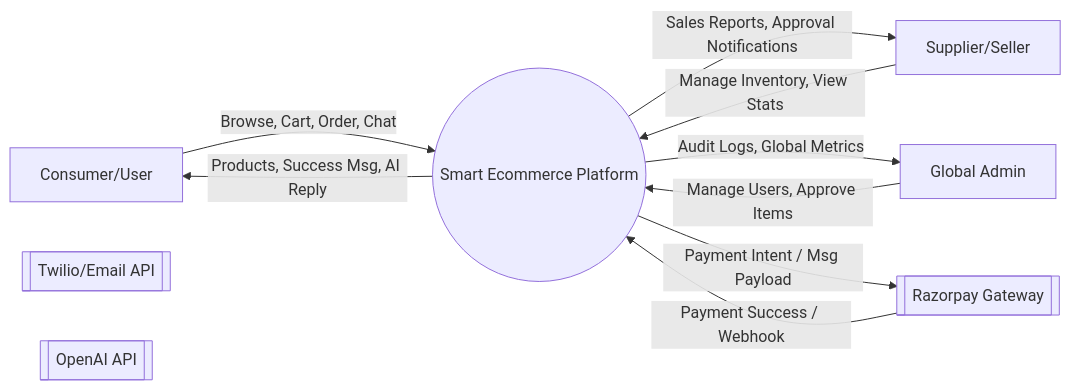
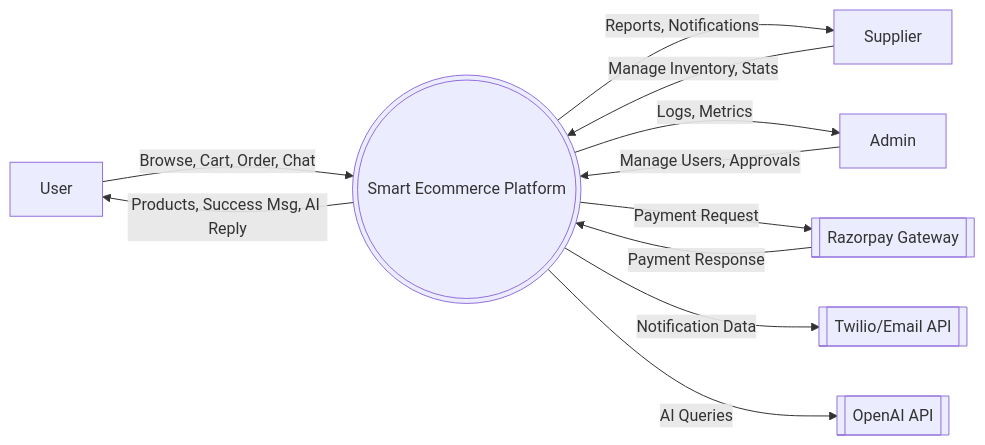
One commit to Vaish-251105/smart-ecommerce changed the first of 5 diagrams in DATABASE_AND_DFD_DESIGN.md. Above: the diagram before and after it, drawn with Mermaid. The commit also changed other lines of this file and 1 other file, not shown here.

````diff
--- a/DATABASE_AND_DFD_DESIGN.md
+++ b/DATABASE_AND_DFD_DESIGN.md
@@ -12,23 +12,26 @@
 ```mermaid
 graph LR
-    U[Consumer/User]
-    S[Supplier/Seller]
-    A[Global Admin]
+    U[User]
+    S[Supplier]
+    A[Admin]
     RP[[Razorpay Gateway]]
-    TW[[Twilio/Email API]]
+    TE[[Twilio/Email API]]
     OA[[OpenAI API]]
     
-    System((Smart Ecommerce Platform))
+    System(((Smart Ecommerce Platform)))
     
     U -- "Browse, Cart, Order, Chat" --> System
     System -- "Products, Success Msg, AI Reply" --> U
     
-    S -- "Manage Inventory, View Stats" --> System
-    System -- "Sales Reports, Approval Notifications" --> S
+    S -- "Manage Inventory, Stats" --> System
+    System -- "Reports, Notifications" --> S
     
-    A -- "Manage Users, Approve Items" --> System
-    System -- "Audit Logs, Global Metrics" --> A
+    A -- "Manage Users, Approvals" --> System
+    System -- "Logs, Metrics" --> A
     
-    System -- "Payment Intent / Msg Payload" --> RP
-    RP -- "Payment Success / Webhook" --> System
+    System -- "Payment Request" --> RP
+    RP -- "Payment Response" --> System
+    
+    System -- "Notification Data" --> TE
+    System -- "AI Queries" --> OA
 ```
````
